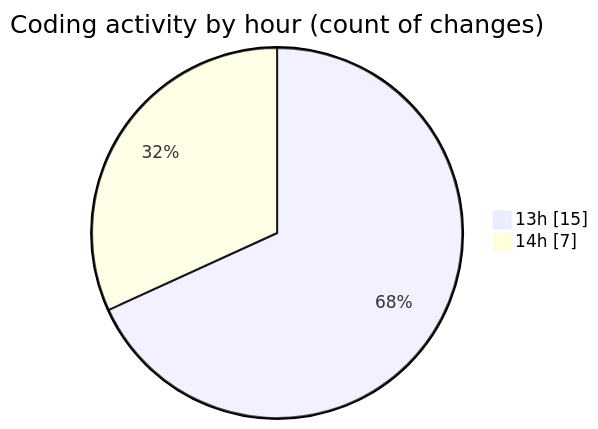
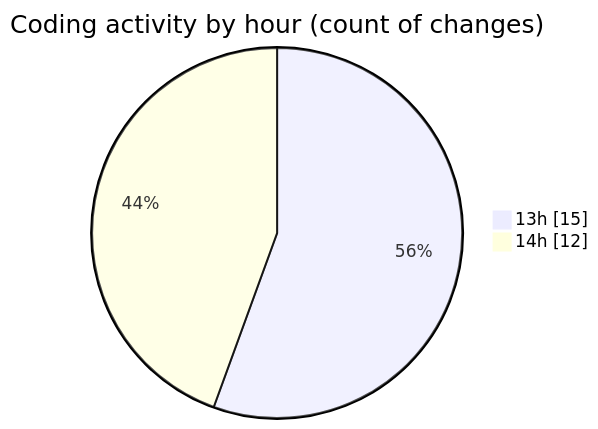
Before and after one commit to idhammustaqopulfikri/code-tracking: the second of 2 diagrams in 2025-05-15/bookingpodcas/README.md, drawn with Mermaid. The commit also changed other lines of this file and 1 other file, not shown here.

````diff
--- a/2025-05-15/bookingpodcas/README.md
+++ b/2025-05-15/bookingpodcas/README.md
@@ -36,6 +36,6 @@
 ```mermaid
 pie showData
 title Coding activity by hour (count of changes)
 "13h" : 15
-"14h" : 7
+"14h" : 12
 ```
````
